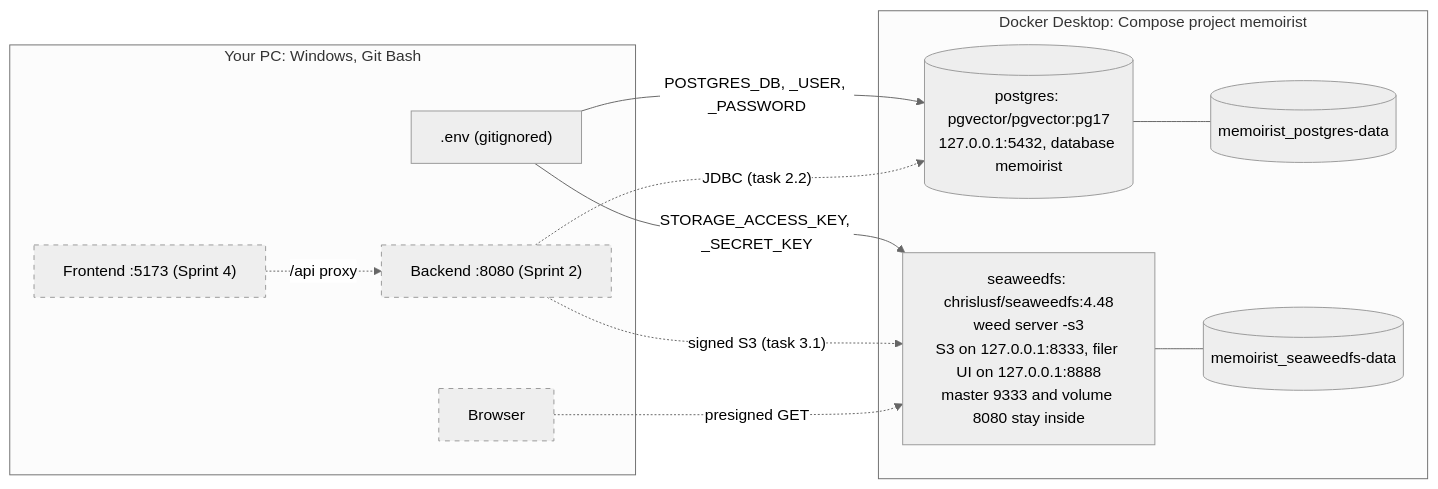
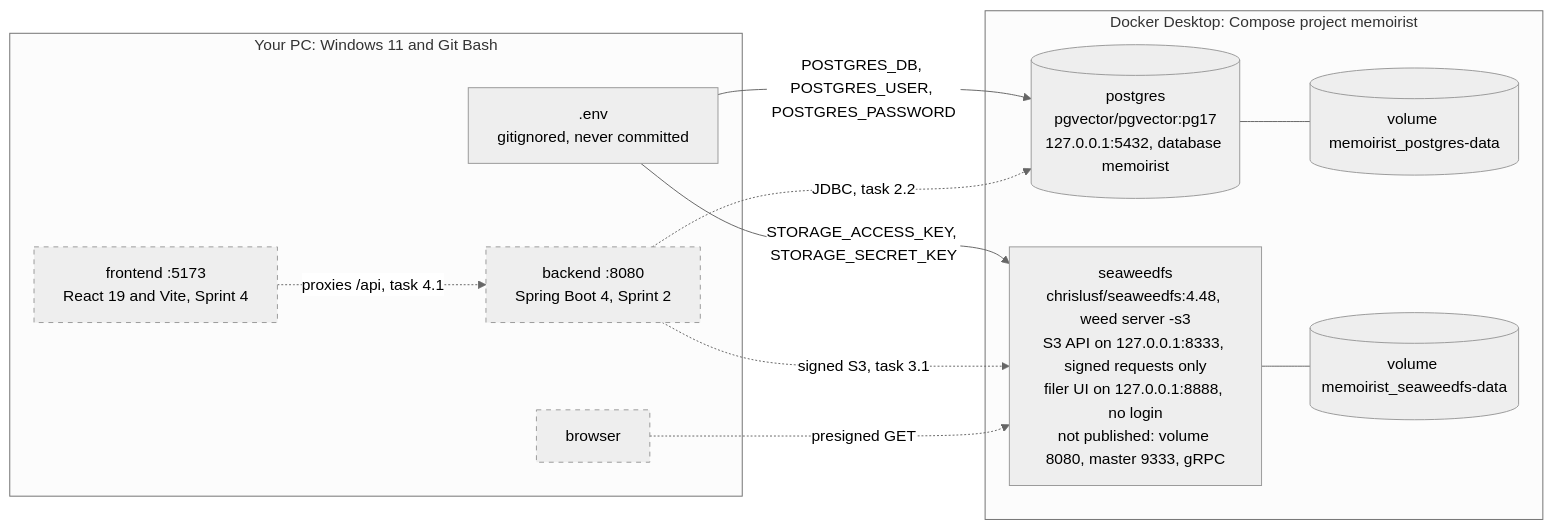
Before and after one commit to aarrroon/memoirist: the diagram in docs/build-journal/sprint-1/README.md, drawn with Mermaid (neutral theme). The commit also changed other lines of this file and 2 other files, not shown here.

First line of the commit message:
Sprint 1: add the build journal overview

````diff
--- a/docs/build-journal/sprint-1/README.md
+++ b/docs/build-journal/sprint-1/README.md
@@ -20,24 +40,24 @@
 ```mermaid
 flowchart LR
-  subgraph host["Your PC: Windows, Git Bash"]
-    env[".env (gitignored)"]
-    backend["Backend :8080 (Sprint 2)"]:::later
-    frontend["Frontend :5173 (Sprint 4)"]:::later
-    browser["Browser"]:::later
+  subgraph host["Your PC: Windows 11 and Git Bash"]
+    envfile[".env<br/>gitignored, never committed"]
+    backend["backend :8080<br/>Spring Boot 4, Sprint 2"]:::later
+    frontend["frontend :5173<br/>React 19 and Vite, Sprint 4"]:::later
+    browser["browser"]:::later
   end
   subgraph compose["Docker Desktop: Compose project memoirist"]
-    pg[("postgres: pgvector/pgvector:pg17<br/>127.0.0.1:5432, database memoirist")]
-    sw["seaweedfs: chrislusf/seaweedfs:4.48<br/>weed server -s3<br/>S3 on 127.0.0.1:8333, filer UI on 127.0.0.1:8888<br/>master 9333 and volume 8080 stay inside"]
-    pgvol[("memoirist_postgres-data")]
-    swvol[("memoirist_seaweedfs-data")]
+    pg[("postgres<br/>pgvector/pgvector:pg17<br/>127.0.0.1:5432, database memoirist")]
+    sw["seaweedfs<br/>chrislusf/seaweedfs:4.48, weed server -s3<br/>S3 API on 127.0.0.1:8333, signed requests only<br/>filer UI on 127.0.0.1:8888, no login<br/>not published: volume 8080, master 9333, gRPC"]
+    pgvol[("volume memoirist_postgres-data")]
+    swvol[("volume memoirist_seaweedfs-data")]
   end
-  env -- "POSTGRES_DB, _USER, _PASSWORD" --> pg
-  env -- "STORAGE_ACCESS_KEY, _SECRET_KEY" --> sw
+  envfile -->|"POSTGRES_DB, POSTGRES_USER, POSTGRES_PASSWORD"| pg
+  envfile -->|"STORAGE_ACCESS_KEY, STORAGE_SECRET_KEY"| sw
   pg --- pgvol
   sw --- swvol
-  backend -. "JDBC (task 2.2)" .-> pg
-  backend -. "signed S3 (task 3.1)" .-> sw
-  frontend -. "/api proxy" .-> backend
-  browser -. "presigned GET" .-> sw
+  backend -.->|"JDBC, task 2.2"| pg
+  backend -.->|"signed S3, task 3.1"| sw
+  frontend -.->|"proxies /api, task 4.1"| backend
+  browser -.->|"presigned GET"| sw
   classDef later stroke-dasharray: 5 5
 ```
````
